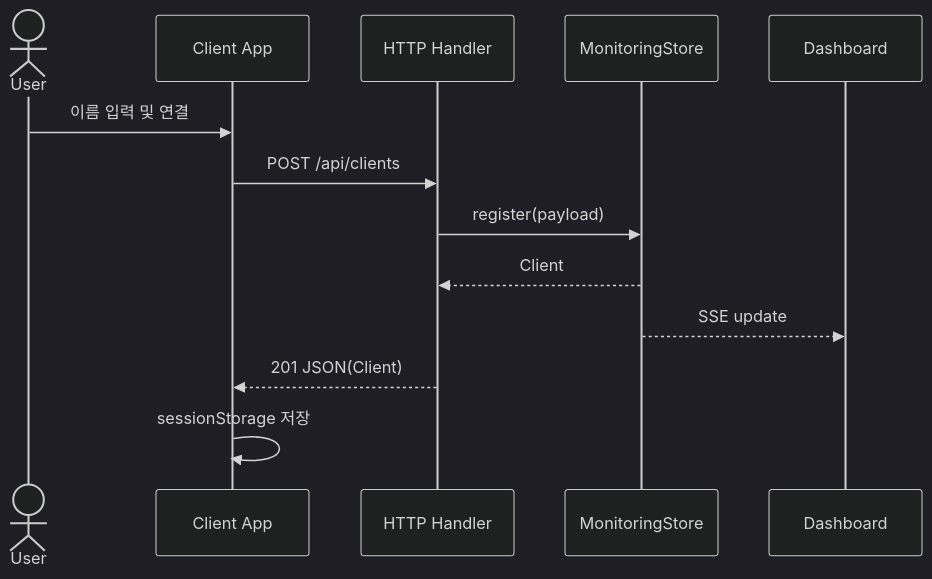
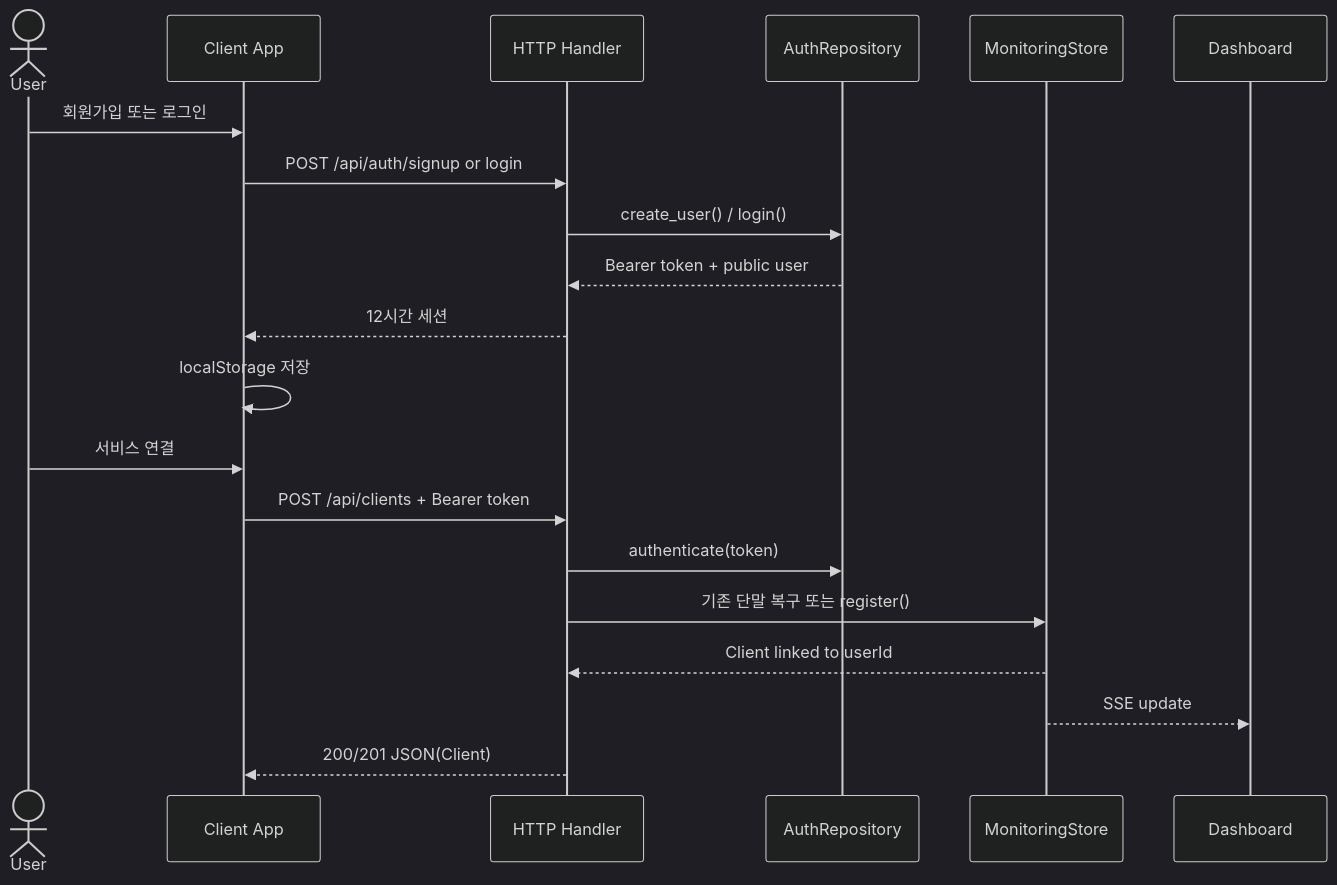
Before and after one commit to xweoze/real-time-monitoring-system: the third of 11 diagrams in Design_22212023_김지훈.md, drawn with Mermaid (dark theme). The commit also changed other lines of this file and 15 other files, not shown here.

````diff
--- a/Design_22212023_김지훈.md
+++ b/Design_22212023_김지훈.md
@@ -225,16 +284,23 @@
 ```mermaid
 sequenceDiagram
     actor User
     participant App as Client App
     participant API as HTTP Handler
+    participant Auth as AuthRepository
     participant Store as MonitoringStore
     participant Monitor as Dashboard
 
-    User->>App: 이름 입력 및 연결
-    App->>API: POST /api/clients
-    API->>Store: register(payload)
-    Store-->>API: Client
+    User->>App: 회원가입 또는 로그인
+    App->>API: POST /api/auth/signup or login
+    API->>Auth: create_user() / login()
+    Auth-->>API: Bearer token + public user
+    API-->>App: 12시간 세션
+    App->>App: localStorage 저장
+    User->>App: 서비스 연결
+    App->>API: POST /api/clients + Bearer token
+    API->>Auth: authenticate(token)
+    API->>Store: 기존 단말 복구 또는 register()
+    Store-->>API: Client linked to userId
     Store-->>Monitor: SSE update
-    API-->>App: 201 JSON(Client)
-    App->>App: sessionStorage 저장
+    API-->>App: 200/201 JSON(Client)
 ```
````
